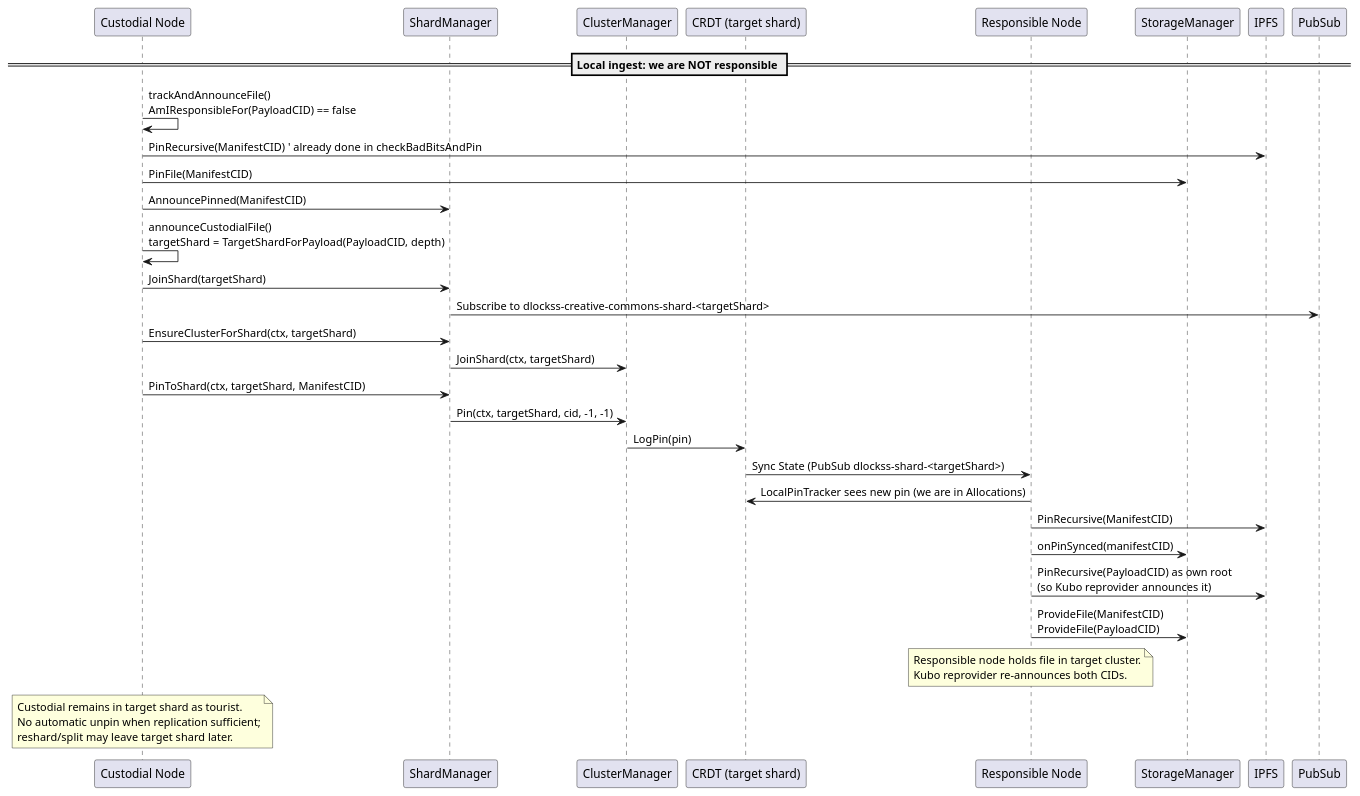
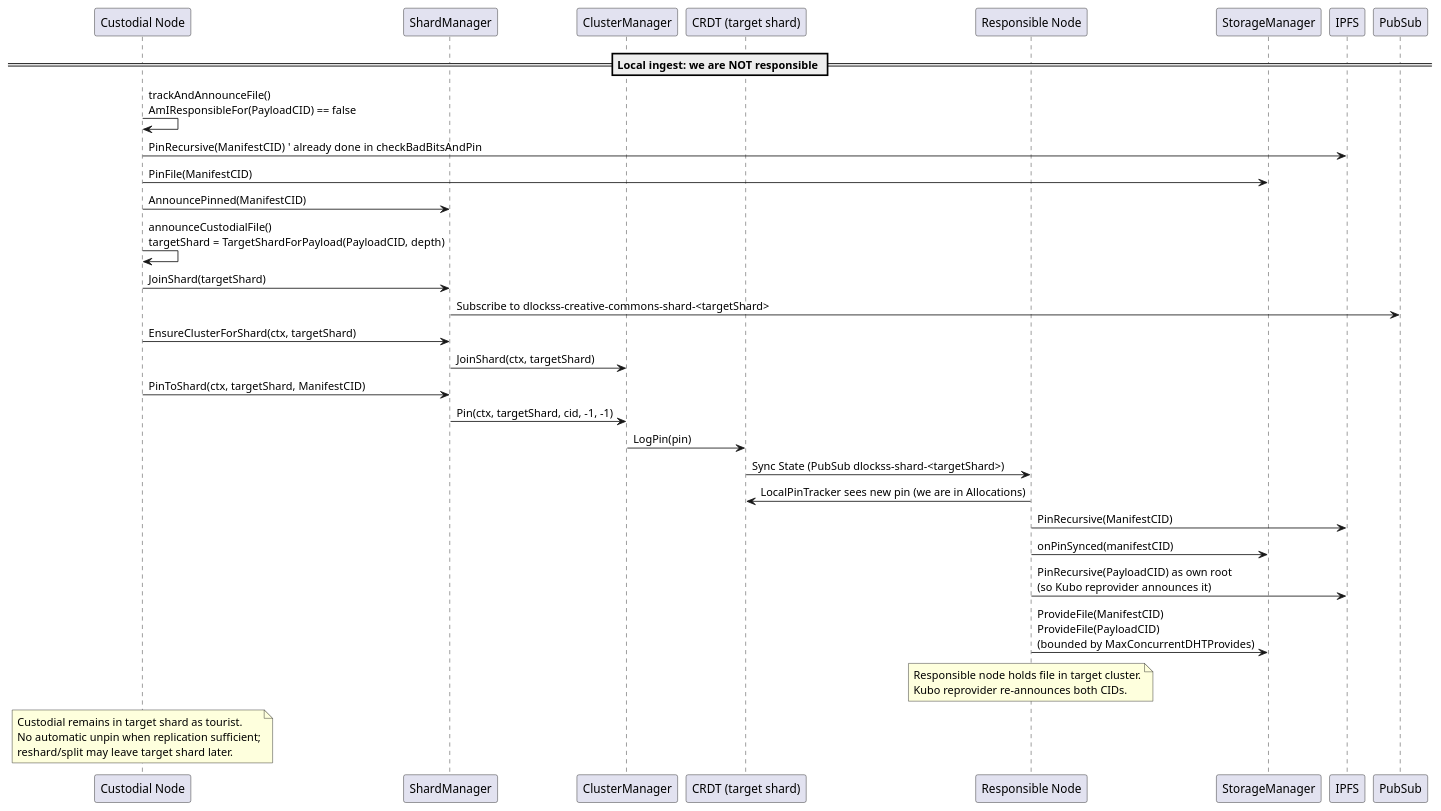
The diagram in docs/custodial_handoff_sequence.puml (gipplab/D-LOCKSS), drawn with PlantUML before and after one commit. The commit also changed 99 other files, not shown here.

```diff
--- a/docs/custodial_handoff_sequence.puml
+++ b/docs/custodial_handoff_sequence.puml
@@ -1,38 +1,38 @@
 @startuml Custodial Handoff Sequence (Tourist Pattern)
 
 participant "Custodial Node" as Custodial
 participant "ShardManager" as ShardMgr
 participant "ClusterManager" as ClusterMgr
 participant "CRDT (target shard)" as CRDT
 participant "Responsible Node" as Responsible
 participant "StorageManager" as Storage
 participant "IPFS" as IPFS
 participant "PubSub" as PubSub
 
 == Local ingest: we are NOT responsible ==
 
 Custodial -> Custodial: trackAndAnnounceFile()\nAmIResponsibleFor(PayloadCID) == false
 Custodial -> IPFS: PinRecursive(ManifestCID)  ' already done in checkBadBitsAndPin
 Custodial -> Storage: PinFile(ManifestCID)
 Custodial -> ShardMgr: AnnouncePinned(ManifestCID)
 
 Custodial -> Custodial: announceCustodialFile()\ntargetShard = TargetShardForPayload(PayloadCID, depth)
 Custodial -> ShardMgr: JoinShard(targetShard)
 ShardMgr -> PubSub: Subscribe to dlockss-creative-commons-shard-<targetShard>
 Custodial -> ShardMgr: EnsureClusterForShard(ctx, targetShard)
 ShardMgr -> ClusterMgr: JoinShard(ctx, targetShard)
 Custodial -> ShardMgr: PinToShard(ctx, targetShard, ManifestCID)
 ShardMgr -> ClusterMgr: Pin(ctx, targetShard, cid, -1, -1)
 ClusterMgr -> CRDT: LogPin(pin)
 CRDT -> Responsible: Sync State (PubSub dlockss-shard-<targetShard>)
 
 Responsible -> CRDT: LocalPinTracker sees new pin (we are in Allocations)
 Responsible -> IPFS: PinRecursive(ManifestCID)
 Responsible -> Storage: onPinSynced(manifestCID)
 Responsible -> IPFS: PinRecursive(PayloadCID) as own root\n(so Kubo reprovider announces it)
-Responsible -> Storage: ProvideFile(ManifestCID)\nProvideFile(PayloadCID)
+Responsible -> Storage: ProvideFile(ManifestCID)\nProvideFile(PayloadCID)\n(bounded by MaxConcurrentDHTProvides)
 Note over Responsible: Responsible node holds file in target cluster.\nKubo reprovider re-announces both CIDs.
 
 Note over Custodial: Custodial remains in target shard as tourist.\nNo automatic unpin when replication sufficient;\nreshard/split may leave target shard later.
 
 @enduml
```
